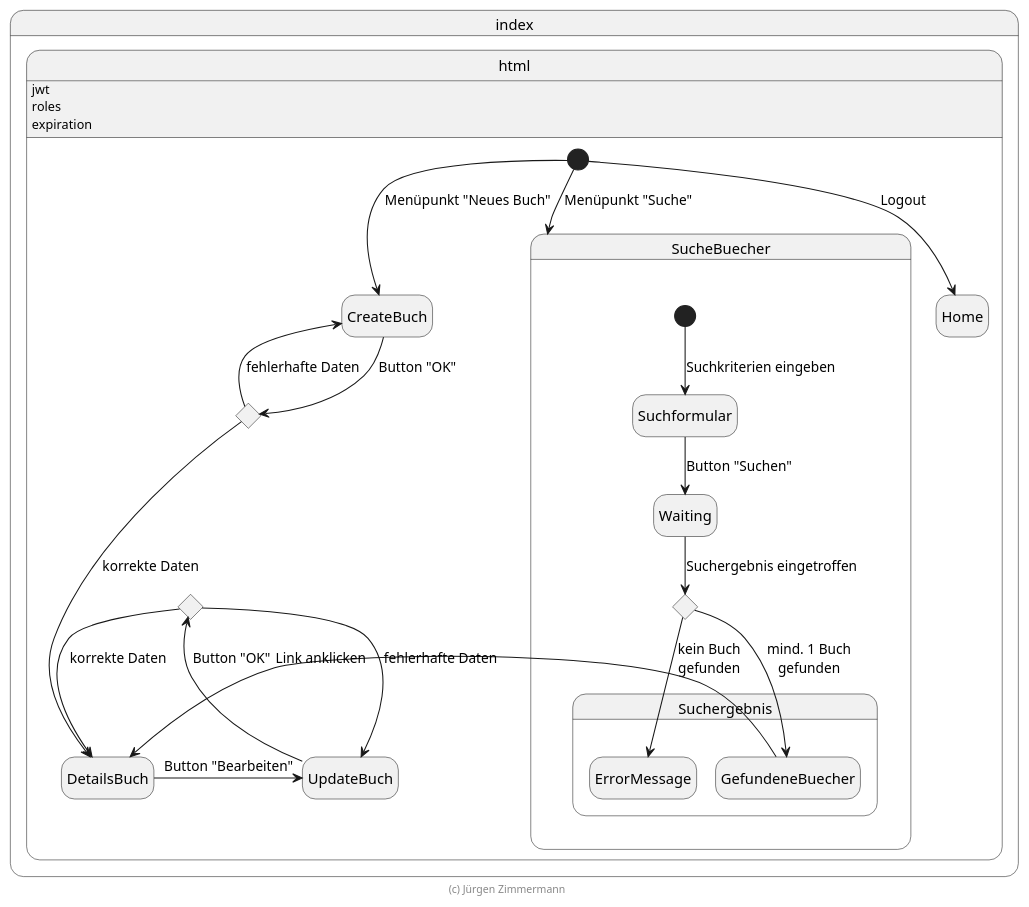
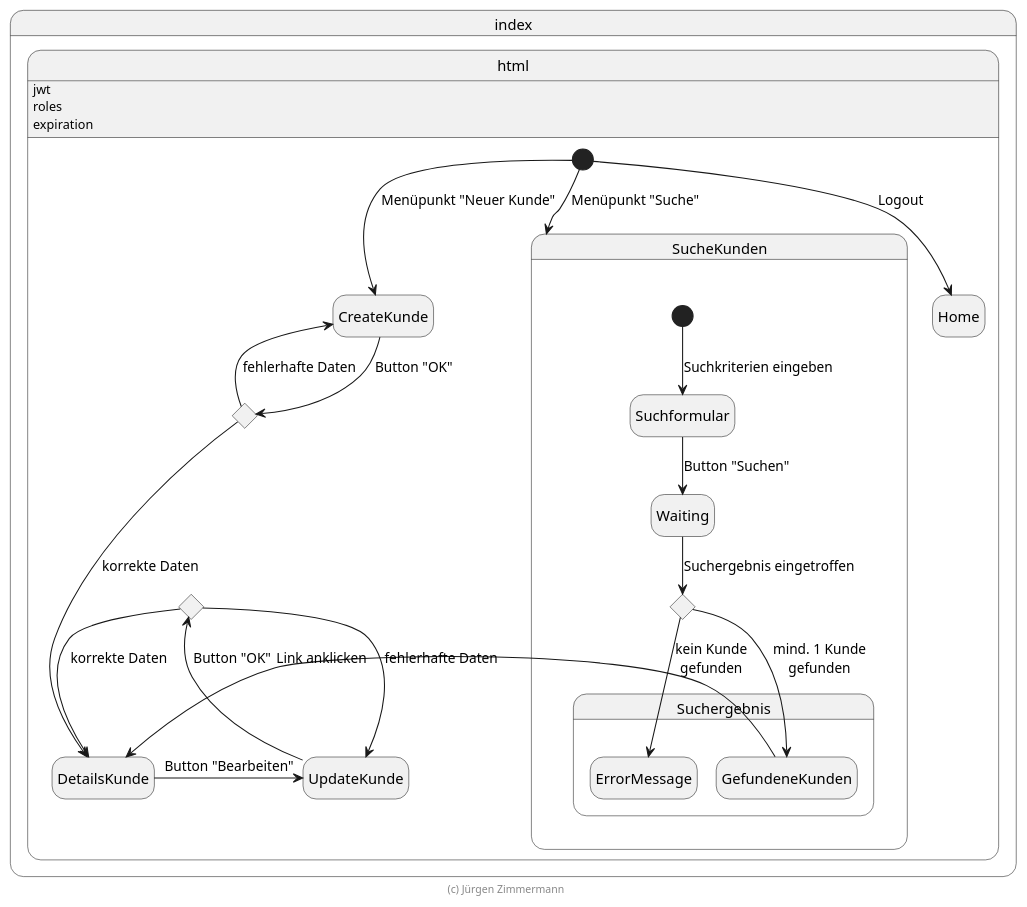
Before and after one commit to Vertiquo/SWE-Gruppe8-Abg2: the diagram in extras/doc/page-flow-admin.zustandsdiagramm.plantuml, drawn with PlantUML. The commit also changed 6 other files, not shown here.

Commit message:
Update class diagrams and state diagrams

```diff
--- a/extras/doc/page-flow-admin.zustandsdiagramm.plantuml
+++ b/extras/doc/page-flow-admin.zustandsdiagramm.plantuml
@@ -20,44 +20,44 @@
 @startuml Zustandsdiagramm
 
 hide empty description
 
 state index.html {
     index.html: jwt
     index.html: roles
     index.html: expiration
 
     [*] --> Home: Logout
 
-    state SucheBuecher {
+    state SucheKunden {
         [*] --> Suchformular: Suchkriterien eingeben
         Suchformular --> Waiting: Button "Suchen"
         state SuchergebnisChoice <<choice>>
         Waiting --> SuchergebnisChoice: Suchergebnis eingetroffen
 
         state Suchergebnis {
-            SuchergebnisChoice --> GefundeneBuecher: mind. 1 Buch\ngefunden
-            SuchergebnisChoice --> ErrorMessage: kein Buch\ngefunden
+            SuchergebnisChoice --> GefundeneKunden: mind. 1 Kunde\ngefunden
+            SuchergebnisChoice --> ErrorMessage: kein Kunde\ngefunden
 
-            ErrorMessage -right[hidden]-> GefundeneBuecher
+            ErrorMessage -right[hidden]-> GefundeneKunden
         }
     }
-    [*] -down-> SucheBuecher: Menüpunkt "Suche"
-    GefundeneBuecher -right-> DetailsBuch: Link anklicken
+    [*] -down-> SucheKunden: Menüpunkt "Suche"
+    GefundeneKunden -right-> DetailsKunde: Link anklicken
 
-    [*] -down-> CreateBuch: Menüpunkt "Neues Buch"
-    SucheBuecher -right[hidden]-> CreateBuch
+    [*] -down-> CreateKunde: Menüpunkt "Neuer Kunde"
+    SucheKunden -right[hidden]-> CreateKunde
     state CreateChoice <<choice>>
-    CreateBuch --> CreateChoice: Button "OK"
-    CreateChoice --> CreateBuch: fehlerhafte Daten
-    CreateChoice --> DetailsBuch: korrekte Daten
+    CreateKunde --> CreateChoice: Button "OK"
+    CreateChoice --> CreateKunde: fehlerhafte Daten
+    CreateChoice --> DetailsKunde: korrekte Daten
 
-    DetailsBuch -right-> UpdateBuch: Button "Bearbeiten"
+    DetailsKunde -right-> UpdateKunde: Button "Bearbeiten"
     state UpdateChoice <<choice>>
-    UpdateBuch -up-> UpdateChoice: Button "OK"
-    UpdateChoice --> UpdateBuch: fehlerhafte Daten
-    UpdateChoice --> DetailsBuch: korrekte Daten
+    UpdateKunde -up-> UpdateChoice: Button "OK"
+    UpdateChoice --> UpdateKunde: fehlerhafte Daten
+    UpdateChoice --> DetailsKunde: korrekte Daten
 }
 
 footer (c) Jürgen Zimmermann
 
 @enduml
```
